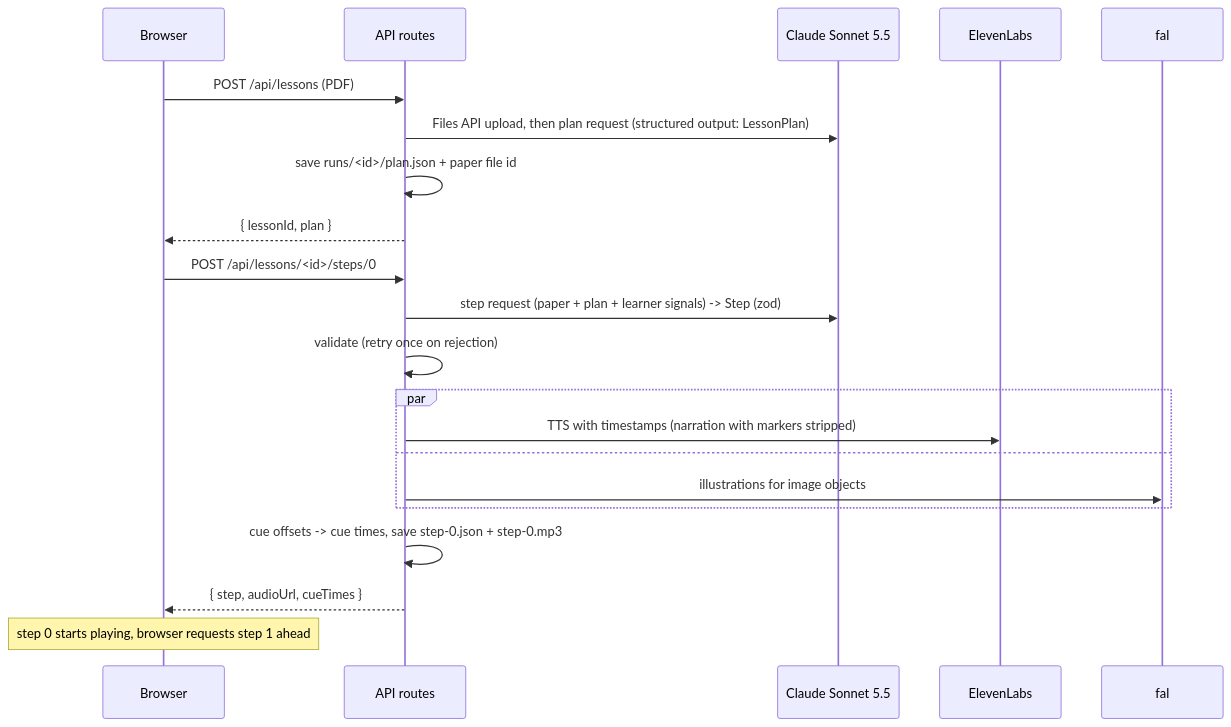
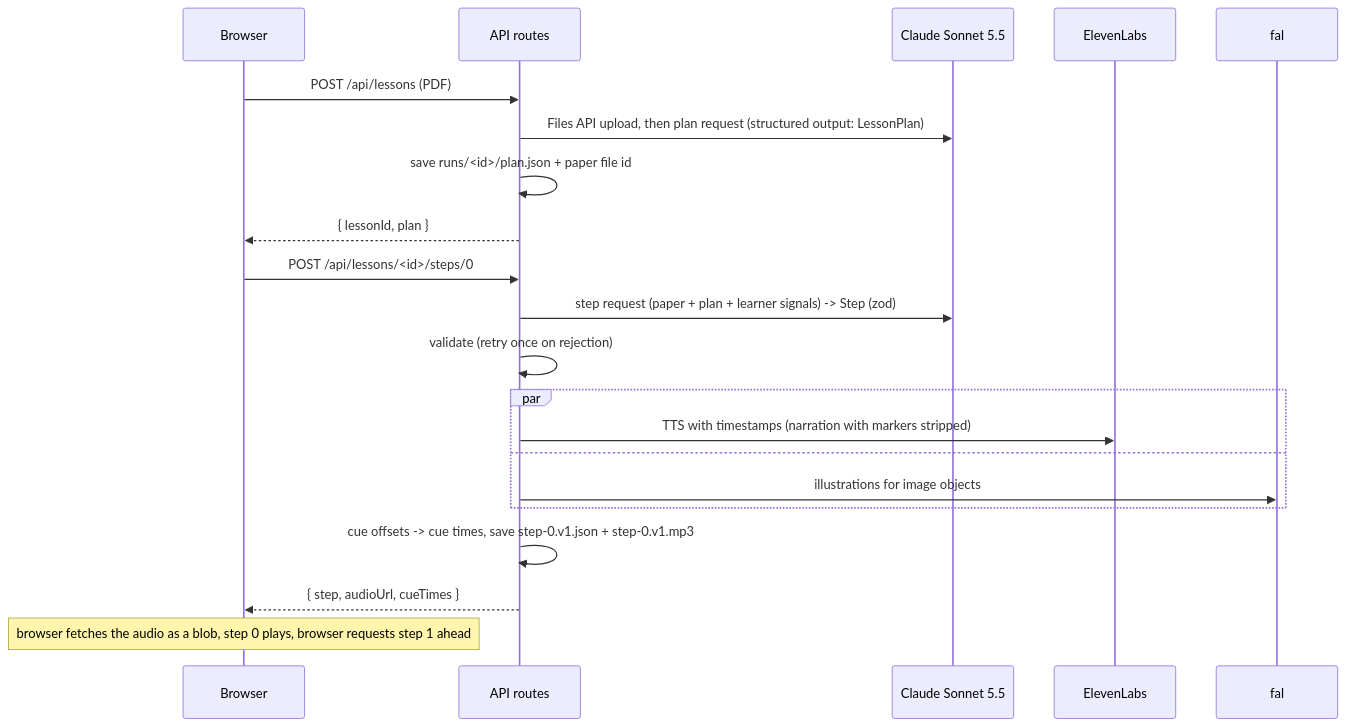
The second of 4 diagrams in docs/ARCHITECTURE.md (Jho0413/Unfolded), drawn with Mermaid before and after one commit. The commit also changed other lines of this file and 1 other file, not shown here.

Commit message:
docs(architecture): address review findings in architecture and roadmap

````diff
--- a/docs/ARCHITECTURE.md
+++ b/docs/ARCHITECTURE.md
@@ -162,23 +175,23 @@
 ```mermaid
 sequenceDiagram
   participant B as Browser
   participant A as API routes
   participant C as Claude Sonnet 5.5
   participant E as ElevenLabs
   participant F as fal
   B->>A: POST /api/lessons (PDF)
   A->>C: Files API upload, then plan request (structured output: LessonPlan)
   A->>A: save runs/<id>/plan.json + paper file id
   A-->>B: { lessonId, plan }
   B->>A: POST /api/lessons/<id>/steps/0
   A->>C: step request (paper + plan + learner signals) -> Step (zod)
   A->>A: validate (retry once on rejection)
   par
     A->>E: TTS with timestamps (narration with markers stripped)
   and
     A->>F: illustrations for image objects
   end
-  A->>A: cue offsets -> cue times, save step-0.json + step-0.mp3
+  A->>A: cue offsets -> cue times, save step-0.v1.json + step-0.v1.mp3
   A-->>B: { step, audioUrl, cueTimes }
-  Note over B: step 0 starts playing, browser requests step 1 ahead
+  Note over B: browser fetches the audio as a blob, step 0 plays, browser requests step 1 ahead
 ```
````
